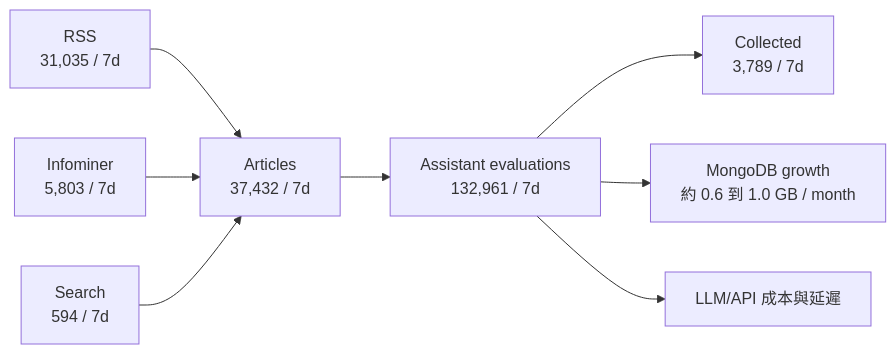
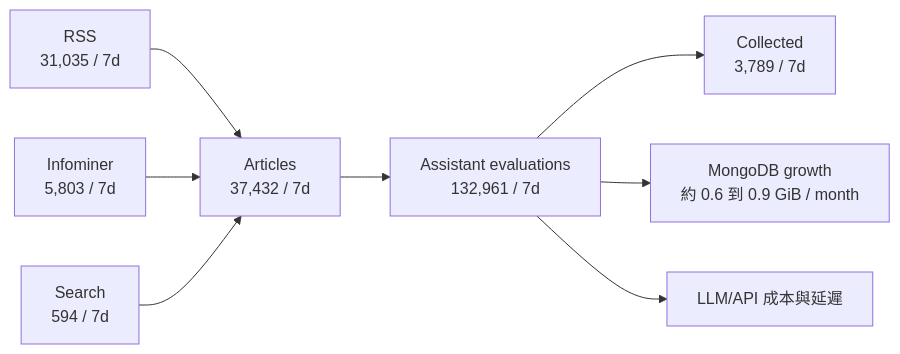
One commit to chunkai1312/temp changed the fourth of 17 diagrams in production-resource-architecture-proposal.md. Above: the diagram before and after it, drawn with Mermaid. The commit also changed other lines of this file, not shown here.

````diff
--- a/production-resource-architecture-proposal.md
+++ b/production-resource-architecture-proposal.md
@@ -159,10 +159,10 @@
 ```mermaid
 flowchart LR
   RSS["RSS\n31,035 / 7d"] --> ARTICLES["Articles\n37,432 / 7d"]
   INFOMINER["Infominer\n5,803 / 7d"] --> ARTICLES
   SEARCH["Search\n594 / 7d"] --> ARTICLES
   ARTICLES --> EVAL["Assistant evaluations\n132,961 / 7d"]
   EVAL --> COLLECTED["Collected\n3,789 / 7d"]
-  EVAL --> STORAGE["MongoDB growth\n約 0.6 到 1.0 GB / month"]
+  EVAL --> STORAGE["MongoDB growth\n約 0.6 到 0.9 GiB / month"]
   EVAL --> LLM["LLM/API 成本與延遲"]
 ```
````
